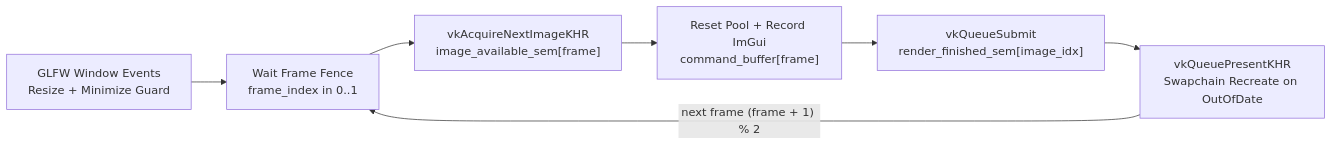
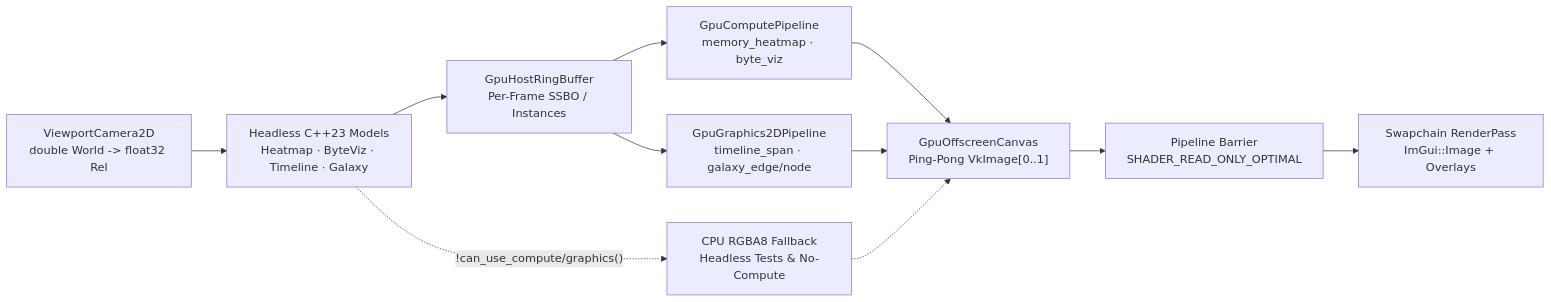
One commit to wsollers/exe_viewer changed the sixth of 7 diagrams in docs/ARCHITECTURE.md. Above: the diagram before and after it, drawn with Mermaid. The commit also changed other lines of this file and 16 other files, not shown here.

````diff
--- a/docs/ARCHITECTURE.md
+++ b/docs/ARCHITECTURE.md
@@ -186,16 +186,23 @@
 ```mermaid
 flowchart LR
-    glfw["GLFW Window Events<br/>Resize + Minimize Guard"]
-    fence["Wait Frame Fence<br/>frame_index in 0..1"]
-    acq["vkAcquireNextImageKHR<br/>image_available_sem[frame]"]
-    cmd["Reset Pool + Record ImGui<br/>command_buffer[frame]"]
-    sub["vkQueueSubmit<br/>render_finished_sem[image_idx]"]
-    pres["vkQueuePresentKHR<br/>Swapchain Recreate on OutOfDate"]
+    cam["ViewportCamera2D<br/>double World -> float32 Rel"]
+    models["Headless C++23 Models<br/>Heatmap · ByteViz · Timeline · Galaxy"]
+    ring["GpuHostRingBuffer<br/>Per-Frame SSBO / Instances"]
+    comp["GpuComputePipeline<br/>memory_heatmap · byte_viz"]
+    inst["GpuGraphics2DPipeline<br/>timeline_span · galaxy_edge/node"]
+    cpu["CPU RGBA8 Fallback<br/>Headless Tests & No-Compute"]
+    canvas["GpuOffscreenCanvas<br/>Ping-Pong VkImage[0..1]"]
+    barrier["Pipeline Barrier<br/>SHADER_READ_ONLY_OPTIMAL"]
+    imgui["Swapchain RenderPass<br/>ImGui::Image + Overlays"]
 
-    glfw --> fence
-    fence --> acq
-    acq --> cmd
-    cmd --> sub
-    sub --> pres
-    pres -->|"next frame (frame + 1) % 2"| fence
+    cam --> models
+    models --> ring
+    ring --> comp
+    ring --> inst
+    comp --> canvas
+    inst --> canvas
+    models -.->|"!can_use_compute/graphics()"| cpu
+    cpu -.-> canvas
+    canvas --> barrier
+    barrier --> imgui
 ```
````
